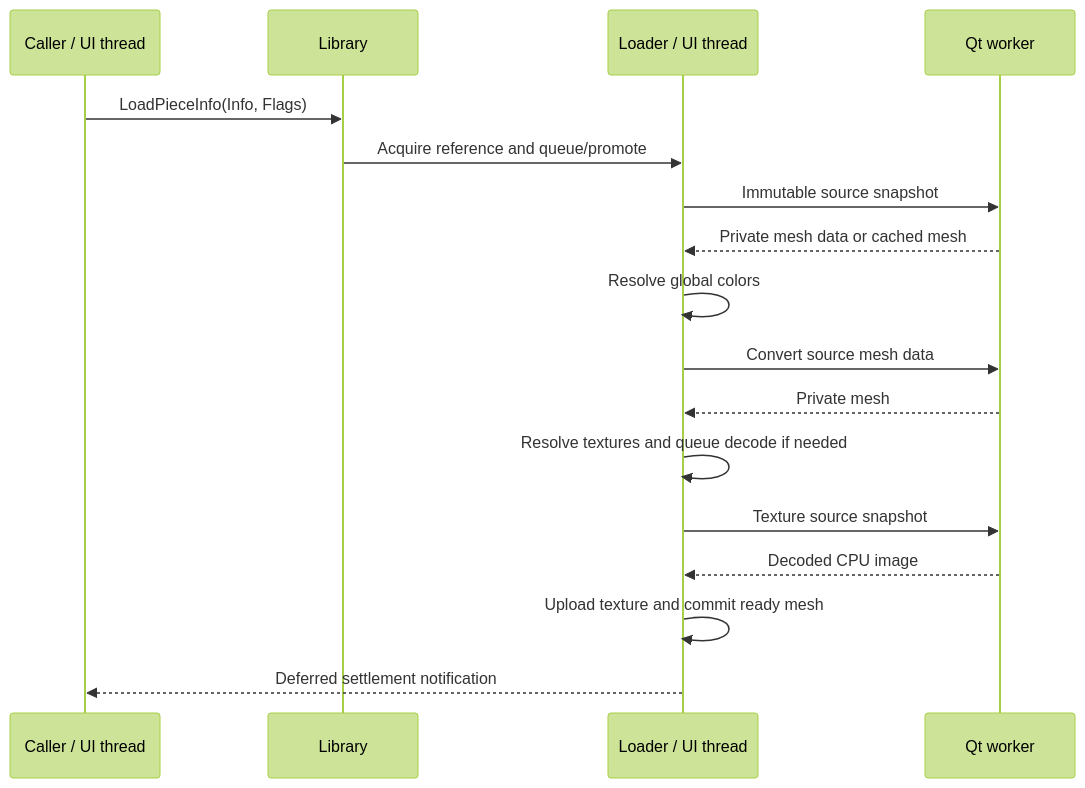
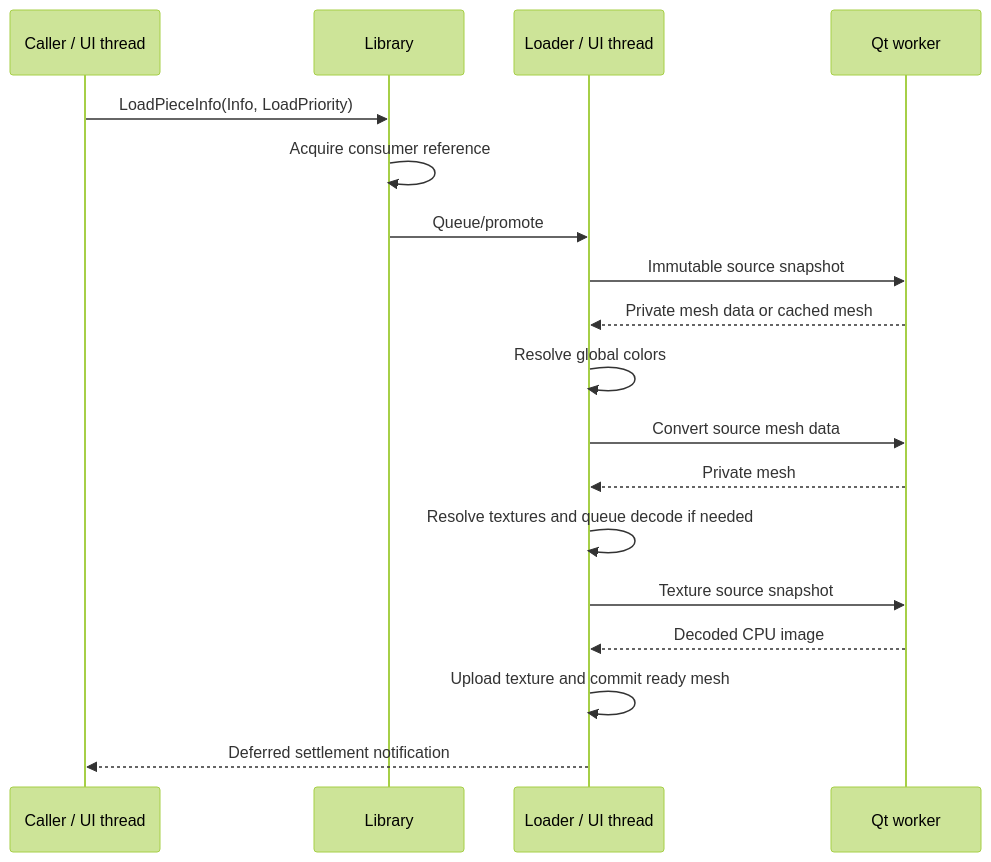
Before and after one commit to nathaneltitane/studworx: the second of 2 diagrams in docs/asset-loading.md, drawn with Mermaid (forest theme). The commit also changed other lines of this file and 11 other files, not shown here.

````diff
--- a/docs/asset-loading.md
+++ b/docs/asset-loading.md
@@ -286,19 +286,20 @@
 ```mermaid
 sequenceDiagram
     participant Caller as Caller / UI thread
     participant Library as Library
     participant Loader as Loader / UI thread
     participant Worker as Qt worker
-    Caller->>Library: LoadPieceInfo(Info, Flags)
-    Library->>Loader: Acquire reference and queue/promote
+    Caller->>Library: LoadPieceInfo(Info, LoadPriority)
+    Library->>Library: Acquire consumer reference
+    Library->>Loader: Queue/promote
     Loader->>Worker: Immutable source snapshot
     Worker-->>Loader: Private mesh data or cached mesh
     Loader->>Loader: Resolve global colors
     Loader->>Worker: Convert source mesh data
     Worker-->>Loader: Private mesh
     Loader->>Loader: Resolve textures and queue decode if needed
     Loader->>Worker: Texture source snapshot
     Worker-->>Loader: Decoded CPU image
     Loader->>Loader: Upload texture and commit ready mesh
     Loader-->>Caller: Deferred settlement notification
 ```
````
